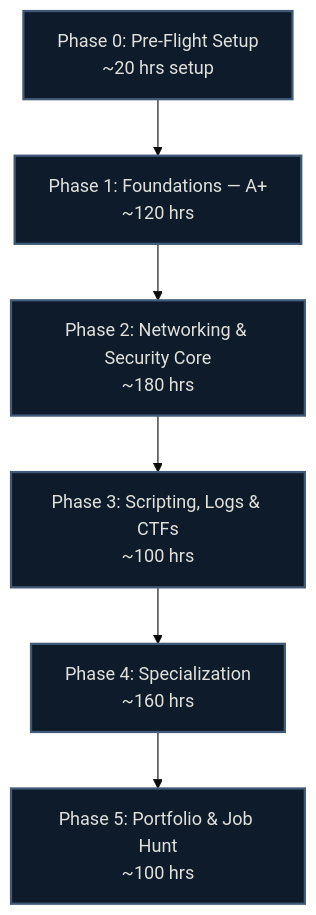
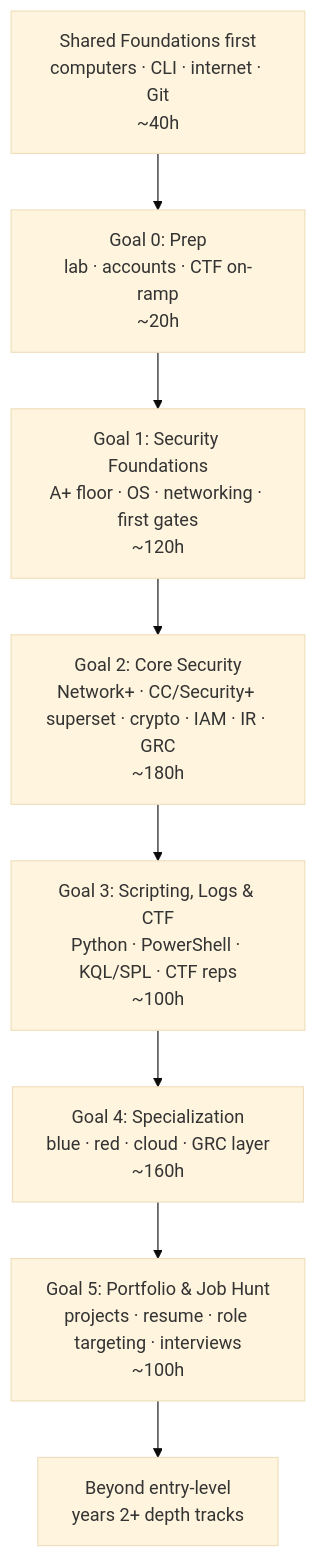
The diagram in guides/cybersecurity/README.md (Kuuhakumu/project-87121gt626vsdfac), drawn with Mermaid (base theme) before and after one commit. The commit also changed other lines of this file and 4 other files, not shown here.

Commit message:
revised links, clarified usage guidelines, and expanded resource sections for foundational skills, web app security, SOC, and cloud security.

````diff
--- a/guides/cybersecurity/README.md
+++ b/guides/cybersecurity/README.md
@@ -10,10 +12,10 @@
 ```mermaid
 graph TD
-    P0[Phase 0: Pre-Flight Setup<br/>~20 hrs setup] --> P1[Phase 1: Foundations — A+<br/>~120 hrs]
-    P1 --> P2[Phase 2: Networking & Security Core<br/>~180 hrs]
-    P2 --> P3[Phase 3: Scripting, Logs & CTFs<br/>~100 hrs]
-    P3 --> P4[Phase 4: Specialization<br/>~160 hrs]
-    P4 --> P5[Phase 5: Portfolio & Job Hunt<br/>~100 hrs]
-    classDef phase fill:#0d1b2a,stroke:#415a77,stroke-width:2px,color:#e0e1dd;
-    class P0,P1,P2,P3,P4,P5 phase;
+    S[Shared Foundations first<br/>computers · CLI · internet · Git<br/>~40h] --> G0[Goal 0: Prep<br/>lab · accounts · CTF on-ramp<br/>~20h]
+    G0 --> G1[Goal 1: Security Foundations<br/>A+ floor · OS · networking · first gates<br/>~120h]
+    G1 --> G2[Goal 2: Core Security<br/>Network+ · CC/Security+ superset · crypto · IAM · IR · GRC<br/>~180h]
+    G2 --> G3[Goal 3: Scripting, Logs & CTF<br/>Python · PowerShell · KQL/SPL · CTF reps<br/>~100h]
+    G3 --> G4[Goal 4: Specialization<br/>blue · red · cloud · GRC layer<br/>~160h]
+    G4 --> G5[Goal 5: Portfolio & Job Hunt<br/>projects · resume · role targeting · interviews<br/>~100h]
+    G5 --> B[Beyond entry-level<br/>years 2+ depth tracks]
 ```
````
